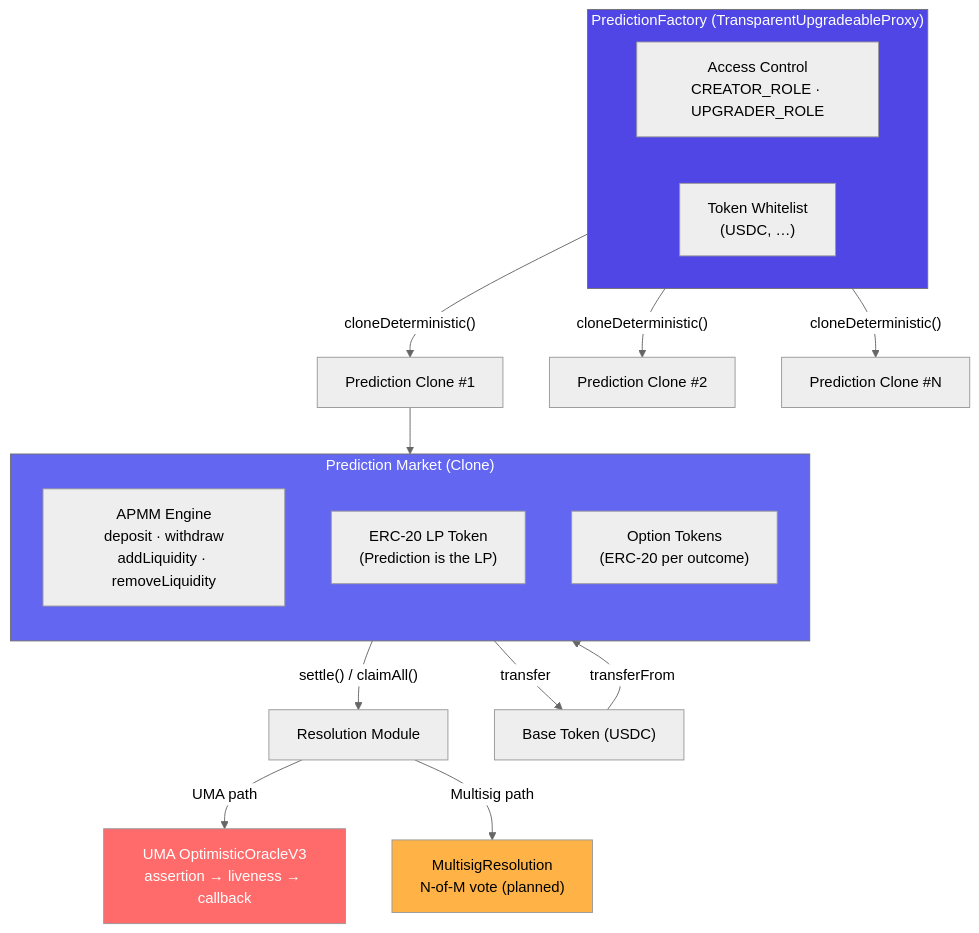
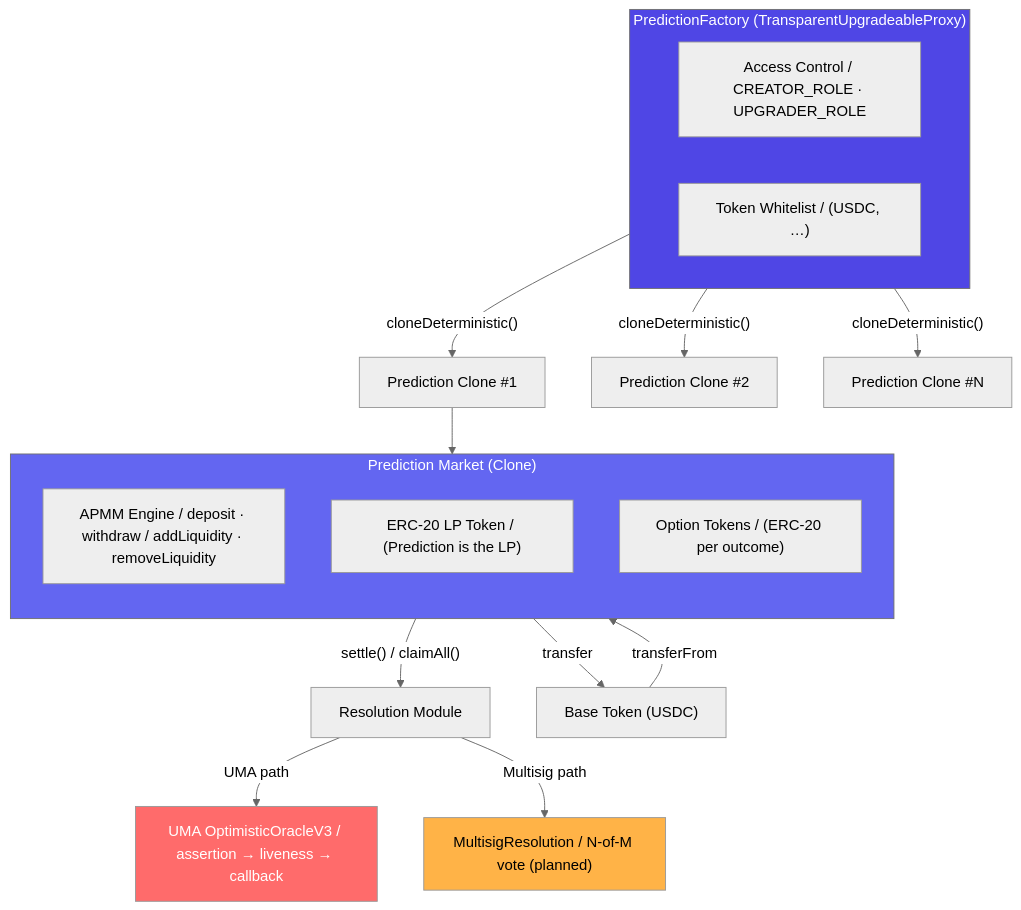
Before and after one commit to promethex2026/app-docs: the first of 2 diagrams in contracts/overview.mdx, drawn with Mermaid (neutral theme). The commit also changed other lines of this file and 10 other files, not shown here.

First line of the commit message:
fix: remove deleted pages from nav, escape $ signs, clean Mermaid br tags

````diff
--- a/contracts/overview.mdx
+++ b/contracts/overview.mdx
@@ -36,34 +36,34 @@
 ```mermaid
 flowchart TB
     subgraph Factory ["PredictionFactory (TransparentUpgradeableProxy)"]
         direction LR
-        FA["Access Control<br/>CREATOR_ROLE · UPGRADER_ROLE"]
-        TW["Token Whitelist<br/>(USDC, …)"]
+ FA["Access Control / CREATOR_ROLE · UPGRADER_ROLE"]
+ TW["Token Whitelist / (USDC, …)"]
     end
 
     Factory -- "cloneDeterministic()" --> M1["Prediction Clone #1"]
     Factory -- "cloneDeterministic()" --> M2["Prediction Clone #2"]
     Factory -- "cloneDeterministic()" --> MN["Prediction Clone #N"]
 
     subgraph Market ["Prediction Market (Clone)"]
         direction TB
-        APMM["APMM Engine<br/>deposit · withdraw<br/>addLiquidity · removeLiquidity"]
-        LP["ERC-20 LP Token<br/>(Prediction is the LP)"]
-        OPT["Option Tokens<br/>(ERC-20 per outcome)"]
+ APMM["APMM Engine / deposit · withdraw / addLiquidity · removeLiquidity"]
+ LP["ERC-20 LP Token / (Prediction is the LP)"]
+ OPT["Option Tokens / (ERC-20 per outcome)"]
     end
 
     M1 --> Market
 
     Market -- "settle() / claimAll()" --> RM["Resolution Module"]
 
-    RM -- "UMA path" --> UMA["UMA OptimisticOracleV3<br/>assertion → liveness → callback"]
-    RM -- "Multisig path" --> MS["MultisigResolution<br/>N-of-M vote (planned)"]
+ RM -- "UMA path" --> UMA["UMA OptimisticOracleV3 / assertion → liveness → callback"]
+ RM -- "Multisig path" --> MS["MultisigResolution / N-of-M vote (planned)"]
 
     BASE["Base Token (USDC)"] -- "transferFrom" --> Market
     Market -- "transfer" --> BASE
 
     style Factory fill:#4F46E5,color:#fff
     style Market fill:#6366F1,color:#fff
     style UMA fill:#FF6B6B,color:#fff
     style MS fill:#FFB347,color:#000
 ```
````
